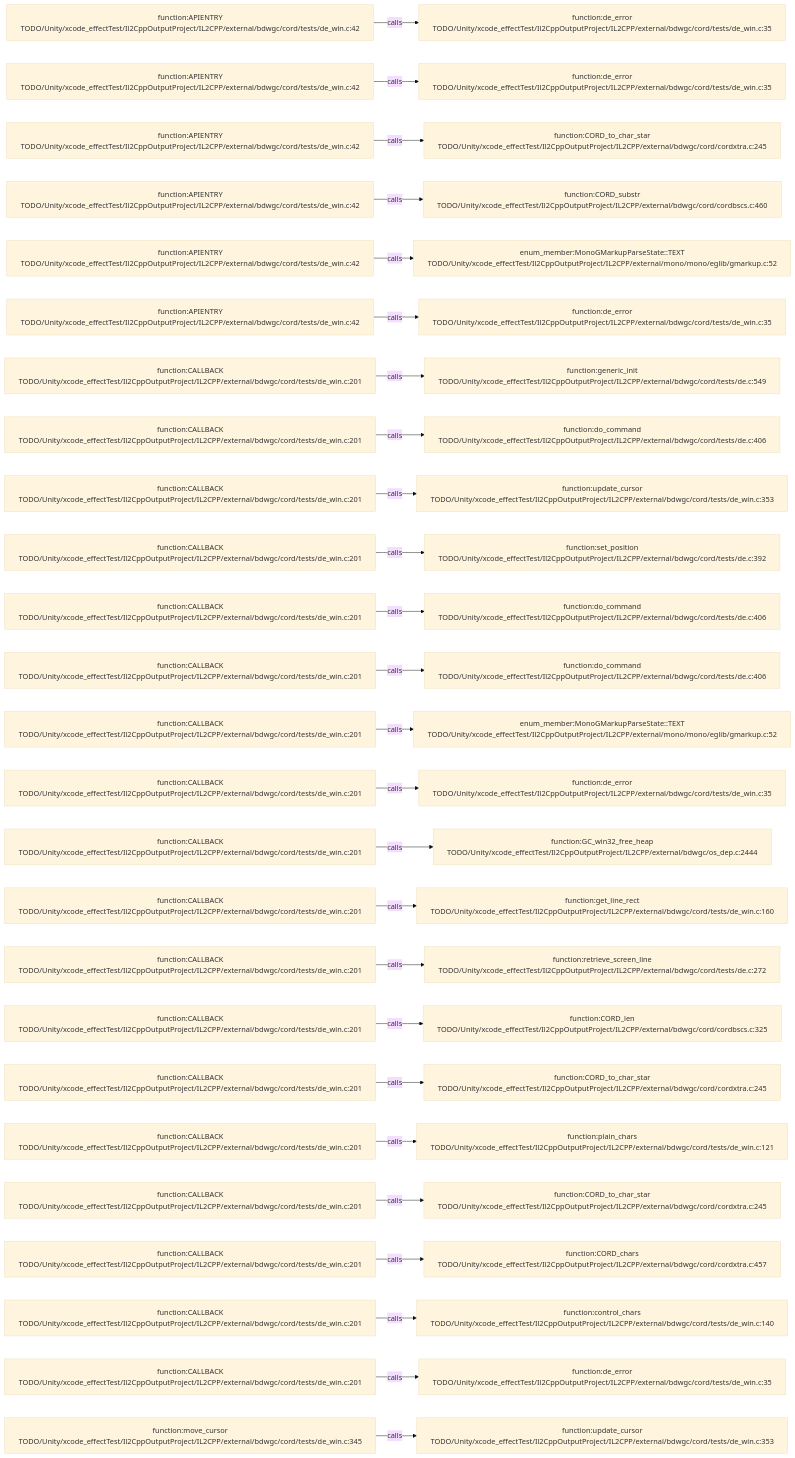
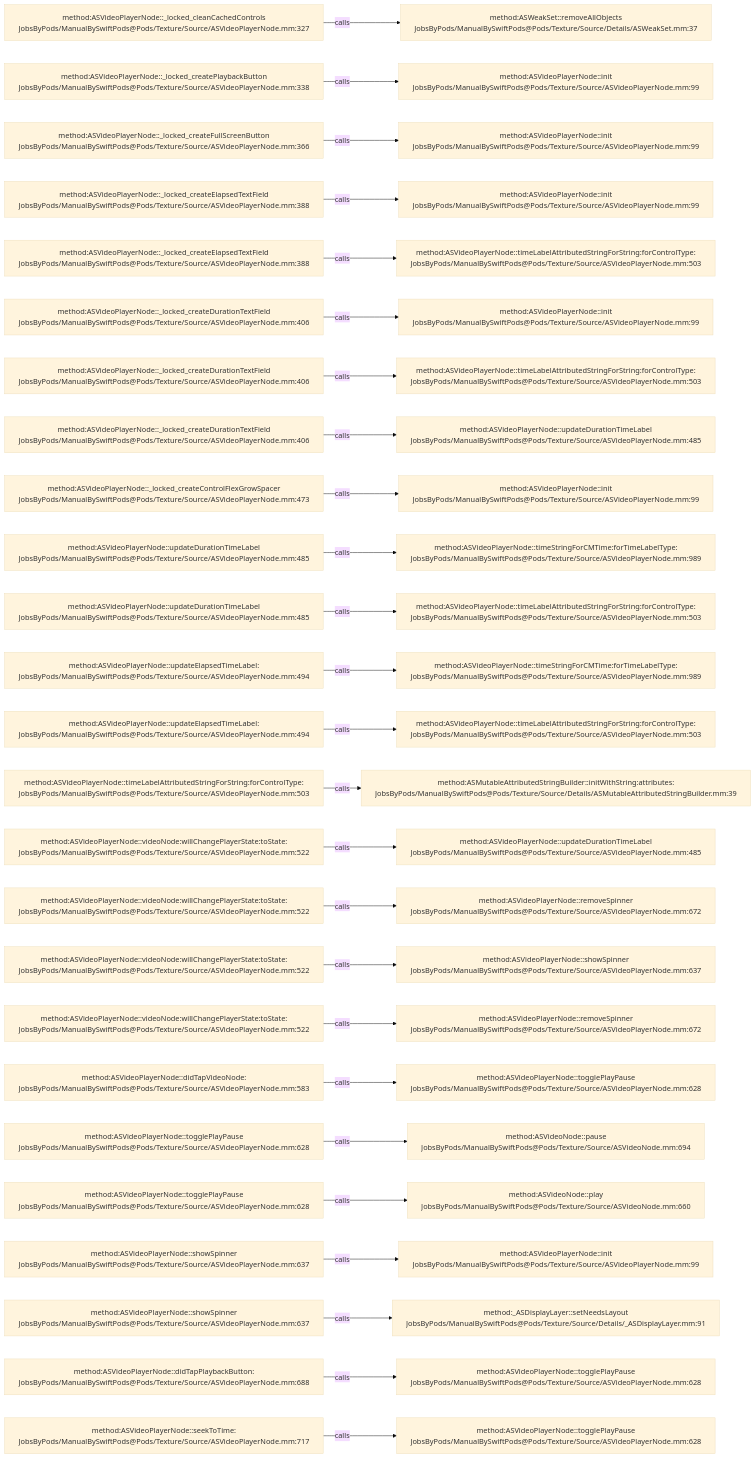
The diagram in .codegraph/codegraph.md/graphs/calls-096.md (JobsKits/JobsSwiftBaseConfigDemo), drawn with Mermaid (base theme) before and after one commit. The commit also changed 2959 other files, not shown here.

````diff
--- a/.codegraph/codegraph.md/graphs/calls-096.md
+++ b/.codegraph/codegraph.md/graphs/calls-096.md
@@ -13,78 +13,78 @@
 ```mermaid
 flowchart LR
-  S1["function:APIENTRY<br/>TODO/Unity/xcode_effectTest/Il2CppOutputProject/IL2CPP/external/bdwgc/cord/tests/de_win.c:42"]
-  T1["function:de_error<br/>TODO/Unity/xcode_effectTest/Il2CppOutputProject/IL2CPP/external/bdwgc/cord/tests/de_win.c:35"]
+  S1["method:ASVideoPlayerNode::_locked_cleanCachedControls<br/>JobsByPods/ManualBySwiftPods@Pods/Texture/Source/ASVideoPlayerNode.mm:327"]
+  T1["method:ASWeakSet::removeAllObjects<br/>JobsByPods/ManualBySwiftPods@Pods/Texture/Source/Details/ASWeakSet.mm:37"]
   S1 -->|calls| T1
-  S2["function:APIENTRY<br/>TODO/Unity/xcode_effectTest/Il2CppOutputProject/IL2CPP/external/bdwgc/cord/tests/de_win.c:42"]
-  T2["function:de_error<br/>TODO/Unity/xcode_effectTest/Il2CppOutputProject/IL2CPP/external/bdwgc/cord/tests/de_win.c:35"]
+  S2["method:ASVideoPlayerNode::_locked_createPlaybackButton<br/>JobsByPods/ManualBySwiftPods@Pods/Texture/Source/ASVideoPlayerNode.mm:338"]
+  T2["method:ASVideoPlayerNode::init<br/>JobsByPods/ManualBySwiftPods@Pods/Texture/Source/ASVideoPlayerNode.mm:99"]
   S2 -->|calls| T2
-  S3["function:APIENTRY<br/>TODO/Unity/xcode_effectTest/Il2CppOutputProject/IL2CPP/external/bdwgc/cord/tests/de_win.c:42"]
-  T3["function:CORD_to_char_star<br/>TODO/Unity/xcode_effectTest/Il2CppOutputProject/IL2CPP/external/bdwgc/cord/cordxtra.c:245"]
+  S3["method:ASVideoPlayerNode::_locked_createFullScreenButton<br/>JobsByPods/ManualBySwiftPods@Pods/Texture/Source/ASVideoPlayerNode.mm:366"]
+  T3["method:ASVideoPlayerNode::init<br/>JobsByPods/ManualBySwiftPods@Pods/Texture/Source/ASVideoPlayerNode.mm:99"]
   S3 -->|calls| T3
-  S4["function:APIENTRY<br/>TODO/Unity/xcode_effectTest/Il2CppOutputProject/IL2CPP/external/bdwgc/cord/tests/de_win.c:42"]
-  T4["function:CORD_substr<br/>TODO/Unity/xcode_effectTest/Il2CppOutputProject/IL2CPP/external/bdwgc/cord/cordbscs.c:460"]
+  S4["method:ASVideoPlayerNode::_locked_createElapsedTextField<br/>JobsByPods/ManualBySwiftPods@Pods/Texture/Source/ASVideoPlayerNode.mm:388"]
+  T4["method:ASVideoPlayerNode::init<br/>JobsByPods/ManualBySwiftPods@Pods/Texture/Source/ASVideoPlayerNode.mm:99"]
   S4 -->|calls| T4
-  S5["function:APIENTRY<br/>TODO/Unity/xcode_effectTest/Il2CppOutputProject/IL2CPP/external/bdwgc/cord/tests/de_win.c:42"]
-  T5["enum_member:MonoGMarkupParseState::TEXT<br/>TODO/Unity/xcode_effectTest/Il2CppOutputProject/IL2CPP/external/mono/mono/eglib/gmarkup.c:52"]
+  S5["method:ASVideoPlayerNode::_locked_createElapsedTextField<br/>JobsByPods/ManualBySwiftPods@Pods/Texture/Source/ASVideoPlayerNode.mm:388"]
+  T5["method:ASVideoPlayerNode::timeLabelAttributedStringForString:forControlType:<br/>JobsByPods/ManualBySwiftPods@Pods/Texture/Source/ASVideoPlayerNode.mm:503"]
   S5 -->|calls| T5
-  S6["function:APIENTRY<br/>TODO/Unity/xcode_effectTest/Il2CppOutputProject/IL2CPP/external/bdwgc/cord/tests/de_win.c:42"]
-  T6["function:de_error<br/>TODO/Unity/xcode_effectTest/Il2CppOutputProject/IL2CPP/external/bdwgc/cord/tests/de_win.c:35"]
+  S6["method:ASVideoPlayerNode::_locked_createDurationTextField<br/>JobsByPods/ManualBySwiftPods@Pods/Texture/Source/ASVideoPlayerNode.mm:406"]
+  T6["method:ASVideoPlayerNode::init<br/>JobsByPods/ManualBySwiftPods@Pods/Texture/Source/ASVideoPlayerNode.mm:99"]
   S6 -->|calls| T6
-  S7["function:CALLBACK<br/>TODO/Unity/xcode_effectTest/Il2CppOutputProject/IL2CPP/external/bdwgc/cord/tests/de_win.c:201"]
-  T7["function:generic_init<br/>TODO/Unity/xcode_effectTest/Il2CppOutputProject/IL2CPP/external/bdwgc/cord/tests/de.c:549"]
+  S7["method:ASVideoPlayerNode::_locked_createDurationTextField<br/>JobsByPods/ManualBySwiftPods@Pods/Texture/Source/ASVideoPlayerNode.mm:406"]
+  T7["method:ASVideoPlayerNode::timeLabelAttributedStringForString:forControlType:<br/>JobsByPods/ManualBySwiftPods@Pods/Texture/Source/ASVideoPlayerNode.mm:503"]
   S7 -->|calls| T7
-  S8["function:CALLBACK<br/>TODO/Unity/xcode_effectTest/Il2CppOutputProject/IL2CPP/external/bdwgc/cord/tests/de_win.c:201"]
-  T8["function:do_command<br/>TODO/Unity/xcode_effectTest/Il2CppOutputProject/IL2CPP/external/bdwgc/cord/tests/de.c:406"]
+  S8["method:ASVideoPlayerNode::_locked_createDurationTextField<br/>JobsByPods/ManualBySwiftPods@Pods/Texture/Source/ASVideoPlayerNode.mm:406"]
+  T8["method:ASVideoPlayerNode::updateDurationTimeLabel<br/>JobsByPods/ManualBySwiftPods@Pods/Texture/Source/ASVideoPlayerNode.mm:485"]
   S8 -->|calls| T8
-  S9["function:CALLBACK<br/>TODO/Unity/xcode_effectTest/Il2CppOutputProject/IL2CPP/external/bdwgc/cord/tests/de_win.c:201"]
-  T9["function:update_cursor<br/>TODO/Unity/xcode_effectTest/Il2CppOutputProject/IL2CPP/external/bdwgc/cord/tests/de_win.c:353"]
+  S9["method:ASVideoPlayerNode::_locked_createControlFlexGrowSpacer<br/>JobsByPods/ManualBySwiftPods@Pods/Texture/Source/ASVideoPlayerNode.mm:473"]
+  T9["method:ASVideoPlayerNode::init<br/>JobsByPods/ManualBySwiftPods@Pods/Texture/Source/ASVideoPlayerNode.mm:99"]
   S9 -->|calls| T9
-  S10["function:CALLBACK<br/>TODO/Unity/xcode_effectTest/Il2CppOutputProject/IL2CPP/external/bdwgc/cord/tests/de_win.c:201"]
-  T10["function:set_position<br/>TODO/Unity/xcode_effectTest/Il2CppOutputProject/IL2CPP/external/bdwgc/cord/tests/de.c:392"]
+  S10["method:ASVideoPlayerNode::updateDurationTimeLabel<br/>JobsByPods/ManualBySwiftPods@Pods/Texture/Source/ASVideoPlayerNode.mm:485"]
+  T10["method:ASVideoPlayerNode::timeStringForCMTime:forTimeLabelType:<br/>JobsByPods/ManualBySwiftPods@Pods/Texture/Source/ASVideoPlayerNode.mm:989"]
   S10 -->|calls| T10
-  S11["function:CALLBACK<br/>TODO/Unity/xcode_effectTest/Il2CppOutputProject/IL2CPP/external/bdwgc/cord/tests/de_win.c:201"]
-  T11["function:do_command<br/>TODO/Unity/xcode_effectTest/Il2CppOutputProject/IL2CPP/external/bdwgc/cord/tests/de.c:406"]
+  S11["method:ASVideoPlayerNode::updateDurationTimeLabel<br/>JobsByPods/ManualBySwiftPods@Pods/Texture/Source/ASVideoPlayerNode.mm:485"]
+  T11["method:ASVideoPlayerNode::timeLabelAttributedStringForString:forControlType:<br/>JobsByPods/ManualBySwiftPods@Pods/Texture/Source/ASVideoPlayerNode.mm:503"]
   S11 -->|calls| T11
-  S12["function:CALLBACK<br/>TODO/Unity/xcode_effectTest/Il2CppOutputProject/IL2CPP/external/bdwgc/cord/tests/de_win.c:201"]
-  T12["function:do_command<br/>TODO/Unity/xcode_effectTest/Il2CppOutputProject/IL2CPP/external/bdwgc/cord/tests/de.c:406"]
+  S12["method:ASVideoPlayerNode::updateElapsedTimeLabel:<br/>JobsByPods/ManualBySwiftPods@Pods/Texture/Source/ASVideoPlayerNode.mm:494"]
+  T12["method:ASVideoPlayerNode::timeStringForCMTime:forTimeLabelType:<br/>JobsByPods/ManualBySwiftPods@Pods/Texture/Source/ASVideoPlayerNode.mm:989"]
   S12 -->|calls| T12
-  S13["function:CALLBACK<br/>TODO/Unity/xcode_effectTest/Il2CppOutputProject/IL2CPP/external/bdwgc/cord/tests/de_win.c:201"]
-  T13["enum_member:MonoGMarkupParseState::TEXT<br/>TODO/Unity/xcode_effectTest/Il2CppOutputProject/IL2CPP/external/mono/mono/eglib/gmarkup.c:52"]
+  S13["method:ASVideoPlayerNode::updateElapsedTimeLabel:<br/>JobsByPods/ManualBySwiftPods@Pods/Texture/Source/ASVideoPlayerNode.mm:494"]
+  T13["method:ASVideoPlayerNode::timeLabelAttributedStringForString:forControlType:<br/>JobsByPods/ManualBySwiftPods@Pods/Texture/Source/ASVideoPlayerNode.mm:503"]
   S13 -->|calls| T13
-  S14["function:CALLBACK<br/>TODO/Unity/xcode_effectTest/Il2CppOutputProject/IL2CPP/external/bdwgc/cord/tests/de_win.c:201"]
-  T14["function:de_error<br/>TODO/Unity/xcode_effectTest/Il2CppOutputProject/IL2CPP/external/bdwgc/cord/tests/de_win.c:35"]
+  S14["method:ASVideoPlayerNode::timeLabelAttributedStringForString:forControlType:<br/>JobsByPods/ManualBySwiftPods@Pods/Texture/Source/ASVideoPlayerNode.mm:503"]
+  T14["method:ASMutableAttributedStringBuilder::initWithString:attributes:<br/>JobsByPods/ManualBySwiftPods@Pods/Texture/Source/Details/ASMutableAttributedStringBuilder.mm:39"]
   S14 -->|calls| T14
-  S15["function:CALLBACK<br/>TODO/Unity/xcode_effectTest/Il2CppOutputProject/IL2CPP/external/bdwgc/cord/tests/de_win.c:201"]
-  T15["function:GC_win32_free_heap<br/>TODO/Unity/xcode_effectTest/Il2CppOutputProject/IL2CPP/external/bdwgc/os_dep.c:2444"]
+  S15["method:ASVideoPlayerNode::videoNode:willChangePlayerState:toState:<br/>JobsByPods/ManualBySwiftPods@Pods/Texture/Source/ASVideoPlayerNode.mm:522"]
+  T15["method:ASVideoPlayerNode::updateDurationTimeLabel<br/>JobsByPods/ManualBySwiftPods@Pods/Texture/Source/ASVideoPlayerNode.mm:485"]
   S15 -->|calls| T15
-  S16["function:CALLBACK<br/>TODO/Unity/xcode_effectTest/Il2CppOutputProject/IL2CPP/external/bdwgc/cord/tests/de_win.c:201"]
-  T16["function:get_line_rect<br/>TODO/Unity/xcode_effectTest/Il2CppOutputProject/IL2CPP/external/bdwgc/cord/tests/de_win.c:160"]
+  S16["method:ASVideoPlayerNode::videoNode:willChangePlayerState:toState:<br/>JobsByPods/ManualBySwiftPods@Pods/Texture/Source/ASVideoPlayerNode.mm:522"]
+  T16["method:ASVideoPlayerNode::removeSpinner<br/>JobsByPods/ManualBySwiftPods@Pods/Texture/Source/ASVideoPlayerNode.mm:672"]
   S16 -->|calls| T16
-  S17["function:CALLBACK<br/>TODO/Unity/xcode_effectTest/Il2CppOutputProject/IL2CPP/external/bdwgc/cord/tests/de_win.c:201"]
-  T17["function:retrieve_screen_line<br/>TODO/Unity/xcode_effectTest/Il2CppOutputProject/IL2CPP/external/bdwgc/cord/tests/de.c:272"]
+  S17["method:ASVideoPlayerNode::videoNode:willChangePlayerState:toState:<br/>JobsByPods/ManualBySwiftPods@Pods/Texture/Source/ASVideoPlayerNode.mm:522"]
+  T17["method:ASVideoPlayerNode::showSpinner<br/>JobsByPods/ManualBySwiftPods@Pods/Texture/Source/ASVideoPlayerNode.mm:637"]
   S17 -->|calls| T17
-  S18["function:CALLBACK<br/>TODO/Unity/xcode_effectTest/Il2CppOutputProject/IL2CPP/external/bdwgc/cord/tests/de_win.c:201"]
-  T18["function:CORD_len<br/>TODO/Unity/xcode_effectTest/Il2CppOutputProject/IL2CPP/external/bdwgc/cord/cordbscs.c:325"]
+  S18["method:ASVideoPlayerNode::videoNode:willChangePlayerState:toState:<br/>JobsByPods/ManualBySwiftPods@Pods/Texture/Source/ASVideoPlayerNode.mm:522"]
+  T18["method:ASVideoPlayerNode::removeSpinner<br/>JobsByPods/ManualBySwiftPods@Pods/Texture/Source/ASVideoPlayerNode.mm:672"]
   S18 -->|calls| T18
-  S19["function:CALLBACK<br/>TODO/Unity/xcode_effectTest/Il2CppOutputProject/IL2CPP/external/bdwgc/cord/tests/de_win.c:201"]
-  T19["function:CORD_to_char_star<br/>TODO/Unity/xcode_effectTest/Il2CppOutputProject/IL2CPP/external/bdwgc/cord/cordxtra.c:245"]
+  S19["method:ASVideoPlayerNode::didTapVideoNode:<br/>JobsByPods/ManualBySwiftPods@Pods/Texture/Source/ASVideoPlayerNode.mm:583"]
+  T19["method:ASVideoPlayerNode::togglePlayPause<br/>JobsByPods/ManualBySwiftPods@Pods/Texture/Source/ASVideoPlayerNode.mm:628"]
   S19 -->|calls| T19
-  S20["function:CALLBACK<br/>TODO/Unity/xcode_effectTest/Il2CppOutputProject/IL2CPP/external/bdwgc/cord/tests/de_win.c:201"]
-  T20["function:plain_chars<br/>TODO/Unity/xcode_effectTest/Il2CppOutputProject/IL2CPP/external/bdwgc/cord/tests/de_win.c:121"]
+  S20["method:ASVideoPlayerNode::togglePlayPause<br/>JobsByPods/ManualBySwiftPods@Pods/Texture/Source/ASVideoPlayerNode.mm:628"]
+  T20["method:ASVideoNode::pause<br/>JobsByPods/ManualBySwiftPods@Pods/Texture/Source/ASVideoNode.mm:694"]
   S20 -->|calls| T20
-  S21["function:CALLBACK<br/>TODO/Unity/xcode_effectTest/Il2CppOutputProject/IL2CPP/external/bdwgc/cord/tests/de_win.c:201"]
-  T21["function:CORD_to_char_star<br/>TODO/Unity/xcode_effectTest/Il2CppOutputProject/IL2CPP/external/bdwgc/cord/cordxtra.c:245"]
+  S21["method:ASVideoPlayerNode::togglePlayPause<br/>JobsByPods/ManualBySwiftPods@Pods/Texture/Source/ASVideoPlayerNode.mm:628"]
+  T21["method:ASVideoNode::play<br/>JobsByPods/ManualBySwiftPods@Pods/Texture/Source/ASVideoNode.mm:660"]
   S21 -->|calls| T21
-  S22["function:CALLBACK<br/>TODO/Unity/xcode_effectTest/Il2CppOutputProject/IL2CPP/external/bdwgc/cord/tests/de_win.c:201"]
-  T22["function:CORD_chars<br/>TODO/Unity/xcode_effectTest/Il2CppOutputProject/IL2CPP/external/bdwgc/cord/cordxtra.c:457"]
+  S22["method:ASVideoPlayerNode::showSpinner<br/>JobsByPods/ManualBySwiftPods@Pods/Texture/Source/ASVideoPlayerNode.mm:637"]
+  T22["method:ASVideoPlayerNode::init<br/>JobsByPods/ManualBySwiftPods@Pods/Texture/Source/ASVideoPlayerNode.mm:99"]
   S22 -->|calls| T22
-  S23["function:CALLBACK<br/>TODO/Unity/xcode_effectTest/Il2CppOutputProject/IL2CPP/external/bdwgc/cord/tests/de_win.c:201"]
-  T23["function:control_chars<br/>TODO/Unity/xcode_effectTest/Il2CppOutputProject/IL2CPP/external/bdwgc/cord/tests/de_win.c:140"]
+  S23["method:ASVideoPlayerNode::showSpinner<br/>JobsByPods/ManualBySwiftPods@Pods/Texture/Source/ASVideoPlayerNode.mm:637"]
+  T23["method:_ASDisplayLayer::setNeedsLayout<br/>JobsByPods/ManualBySwiftPods@Pods/Texture/Source/Details/_ASDisplayLayer.mm:91"]
   S23 -->|calls| T23
-  S24["function:CALLBACK<br/>TODO/Unity/xcode_effectTest/Il2CppOutputProject/IL2CPP/external/bdwgc/cord/tests/de_win.c:201"]
-  T24["function:de_error<br/>TODO/Unity/xcode_effectTest/Il2CppOutputProject/IL2CPP/external/bdwgc/cord/tests/de_win.c:35"]
+  S24["method:ASVideoPlayerNode::didTapPlaybackButton:<br/>JobsByPods/ManualBySwiftPods@Pods/Texture/Source/ASVideoPlayerNode.mm:688"]
+  T24["method:ASVideoPlayerNode::togglePlayPause<br/>JobsByPods/ManualBySwiftPods@Pods/Texture/Source/ASVideoPlayerNode.mm:628"]
   S24 -->|calls| T24
-  S25["function:move_cursor<br/>TODO/Unity/xcode_effectTest/Il2CppOutputProject/IL2CPP/external/bdwgc/cord/tests/de_win.c:345"]
-  T25["function:update_cursor<br/>TODO/Unity/xcode_effectTest/Il2CppOutputProject/IL2CPP/external/bdwgc/cord/tests/de_win.c:353"]
+  S25["method:ASVideoPlayerNode::seekToTime:<br/>JobsByPods/ManualBySwiftPods@Pods/Texture/Source/ASVideoPlayerNode.mm:717"]
+  T25["method:ASVideoPlayerNode::togglePlayPause<br/>JobsByPods/ManualBySwiftPods@Pods/Texture/Source/ASVideoPlayerNode.mm:628"]
   S25 -->|calls| T25
 ```
````
